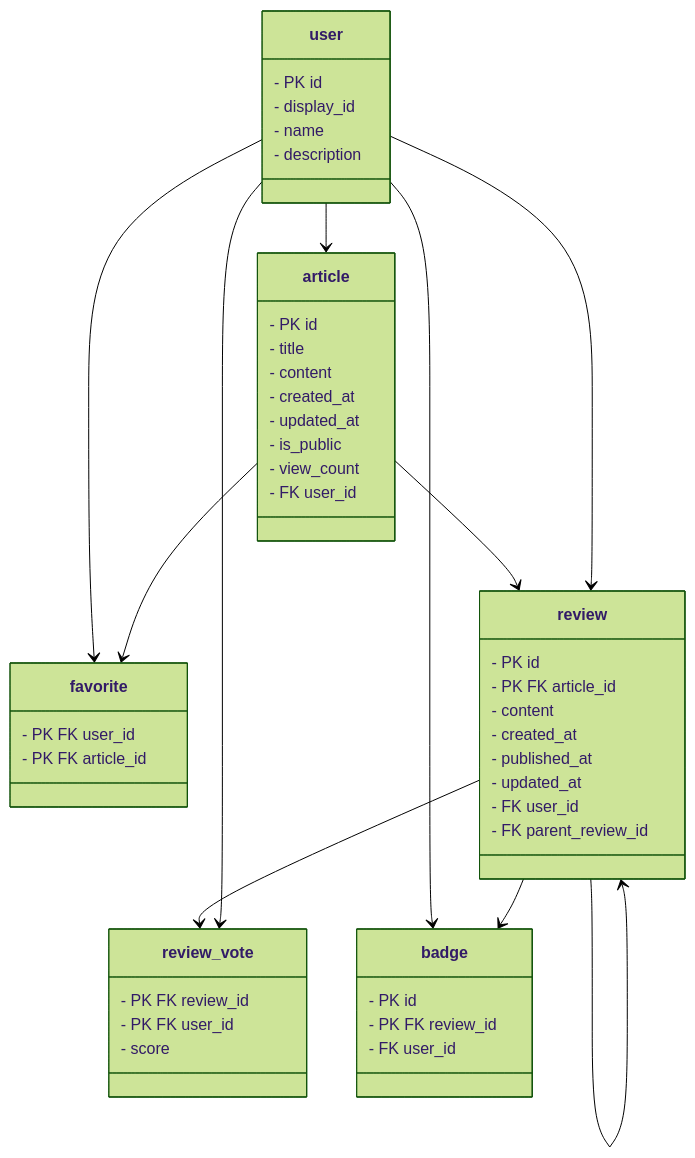
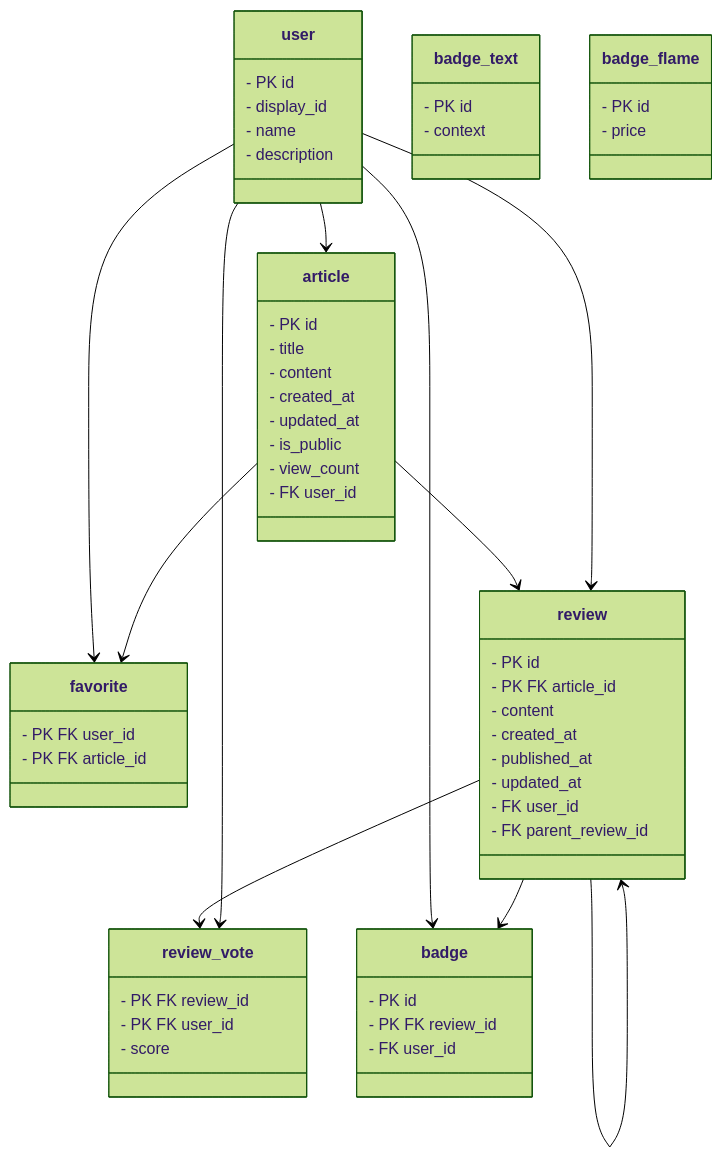
The diagram in db/ER図.md (Potato-Gratin/TechPad), drawn with Mermaid (forest theme) before and after one commit.

Commit message:
ER図 バッジテキスト バッジフレーム

````diff
--- a/db/ER図.md
+++ b/db/ER図.md
@@ -1,59 +1,69 @@
 ```mermaid
 classDiagram
   user --> article
   user --> favorite
   article --> favorite
   article --> review
   user --> review
   review --> review_vote
   user --> review_vote
   review --> review
   user --> badge
   review --> badge
 
   class user{
     - PK id
     - display_id
     - name
     - description
   }
 
   class article{
   - PK id
   - title
   - content
   - created_at
   - updated_at
   - is_public
   - view_count
   - FK user_id
   }
 
   class favorite{
   - PK FK user_id
   - PK FK article_id
   }
 
   class review{
   - PK id
   - PK FK article_id
   - content
   - created_at
   - published_at
   - updated_at
   - FK user_id
   - FK parent_review_id
   }
 
   class review_vote{
   - PK FK review_id
   - PK FK user_id
   - score
   }
 
   class badge{
   - PK id
   - PK FK review_id
   - FK user_id 
   }
+
+  class badge_text {
+  - PK id
+  - context
+  }
+
+  class badge_flame {
+  - PK id
+  - price
+  }
 ```
````
